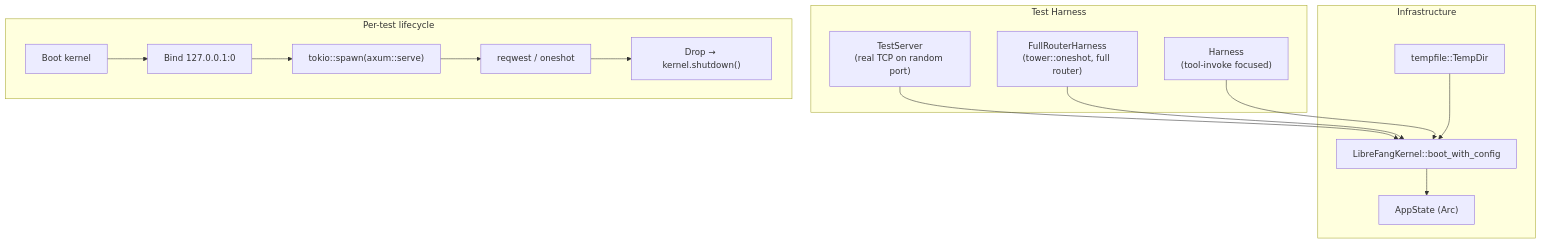
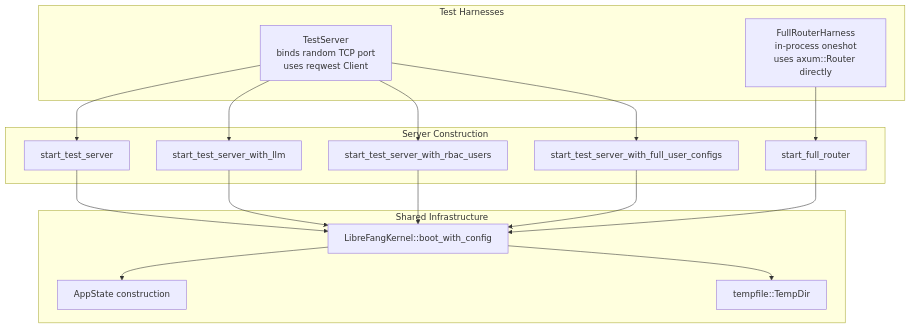
The diagram in other-librefang-api-tests.md (leszek3737/librefang-WIki), drawn with Mermaid before and after one commit. The commit also changed other lines of this file and 100 other files, not shown here.

````diff
--- a/other-librefang-api-tests.md
+++ b/other-librefang-api-tests.md
@@ -37,29 +18,35 @@
 ```mermaid
 graph TD
-    subgraph "Test Harness"
-        TS["TestServer<br/>(real TCP on random port)"]
-        FR["FullRouterHarness<br/>(tower::oneshot, full router)"]
-        TH["Harness<br/>(tool-invoke focused)"]
+    subgraph "Test Harnesses"
+        TS[TestServer<br/>binds random TCP port<br/>uses reqwest Client]
+        FR[FullRouterHarness<br/>in-process oneshot<br/>uses axum::Router directly]
     end
 
-    subgraph "Infrastructure"
-        K["LibreFangKernel::boot_with_config"]
-        AS["AppState (Arc)"]
-        TMP["tempfile::TempDir"]
+    subgraph "Server Construction"
+        STS[start_test_server]
+        STL[start_test_server_with_llm]
+        SFR[start_full_router]
+        SAR[start_test_server_with_rbac_users]
+        SFP[start_test_server_with_full_user_configs]
     end
 
-    subgraph "Per-test lifecycle"
-        BOOT["Boot kernel"]
-        BIND["Bind 127.0.0.1:0"]
-        SPAWN["tokio::spawn(axum::serve)"]
-        HIT["reqwest / oneshot"]
-        DROP["Drop → kernel.shutdown()"]
+    TS --> STS
+    TS --> STL
+    TS --> SAR
+    TS --> SFP
+    FR --> SFR
+
+    subgraph "Shared Infrastructure"
+        K[LibreFangKernel::boot_with_config]
+        AS[AppState construction]
+        TMP[tempfile::TempDir]
     end
 
-    TS --> K
-    FR --> K
-    TH --> K
+    STS --> K
+    STL --> K
+    SFR --> K
+    SAR --> K
+    SFP --> K
     K --> AS
-    TMP --> K
-    BOOT --> BIND --> SPAWN --> HIT --> DROP
+    K --> TMP
 ```
````
